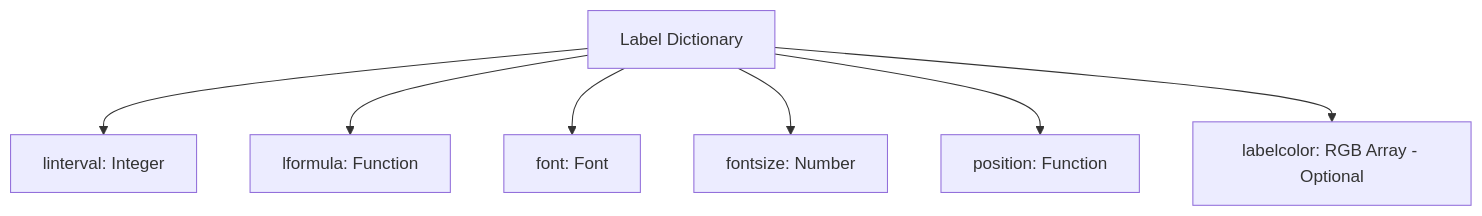
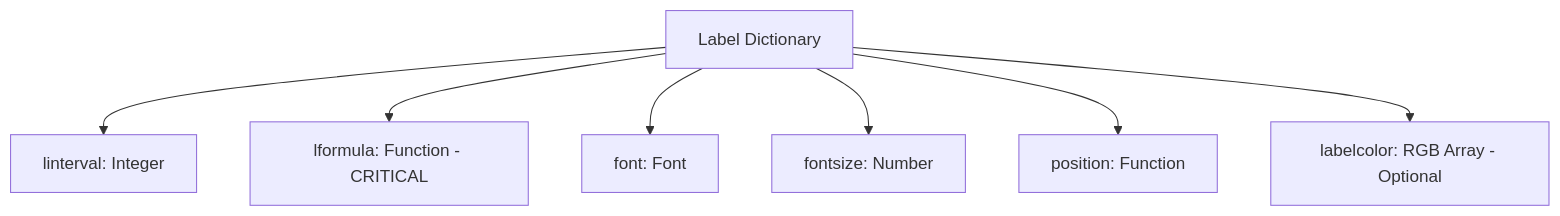
One commit to adamhill/TheElectricSlideV3 changed the third of 10 diagrams in reference/postscript-rule-engine-explainer.md. Above: the diagram before and after it, drawn with Mermaid. The commit also changed other lines of this file and 2 other files, not shown here.

````diff
--- a/reference/postscript-rule-engine-explainer.md
+++ b/reference/postscript-rule-engine-explainer.md
@@ -99,9 +116,9 @@
 ```mermaid
 graph TD
     A[Label Dictionary] --> B[linterval: Integer]
-    A --> C[lformula: Function]
+    A --> C[lformula: Function - CRITICAL]
     A --> D[font: Font]
     A --> E[fontsize: Number]
     A --> F[position: Function]
     A --> G[labelcolor: RGB Array - Optional]
 ```
````
